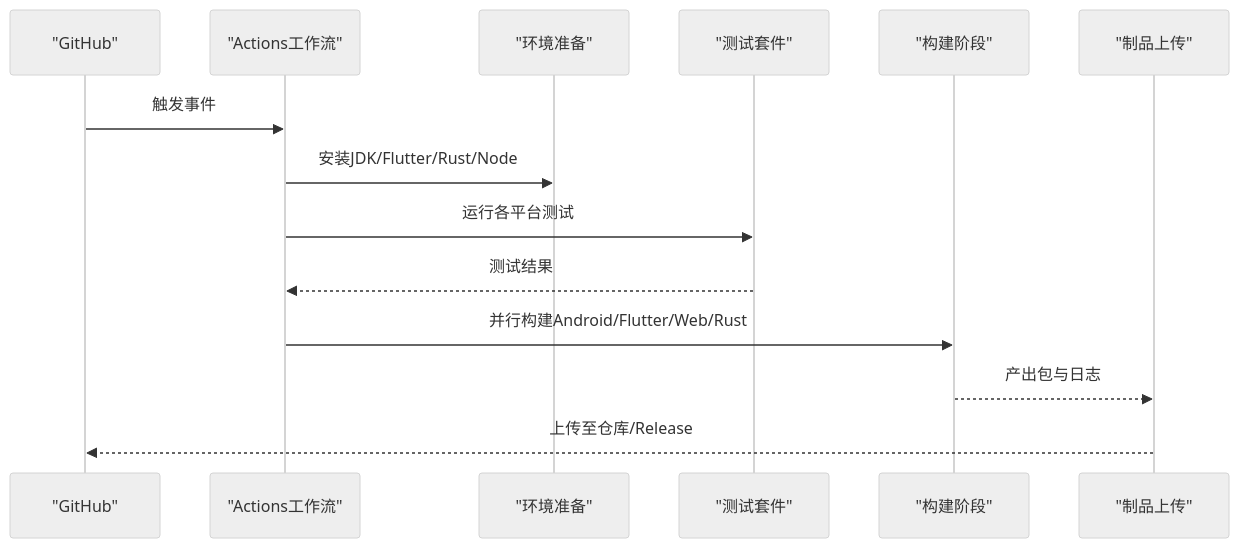
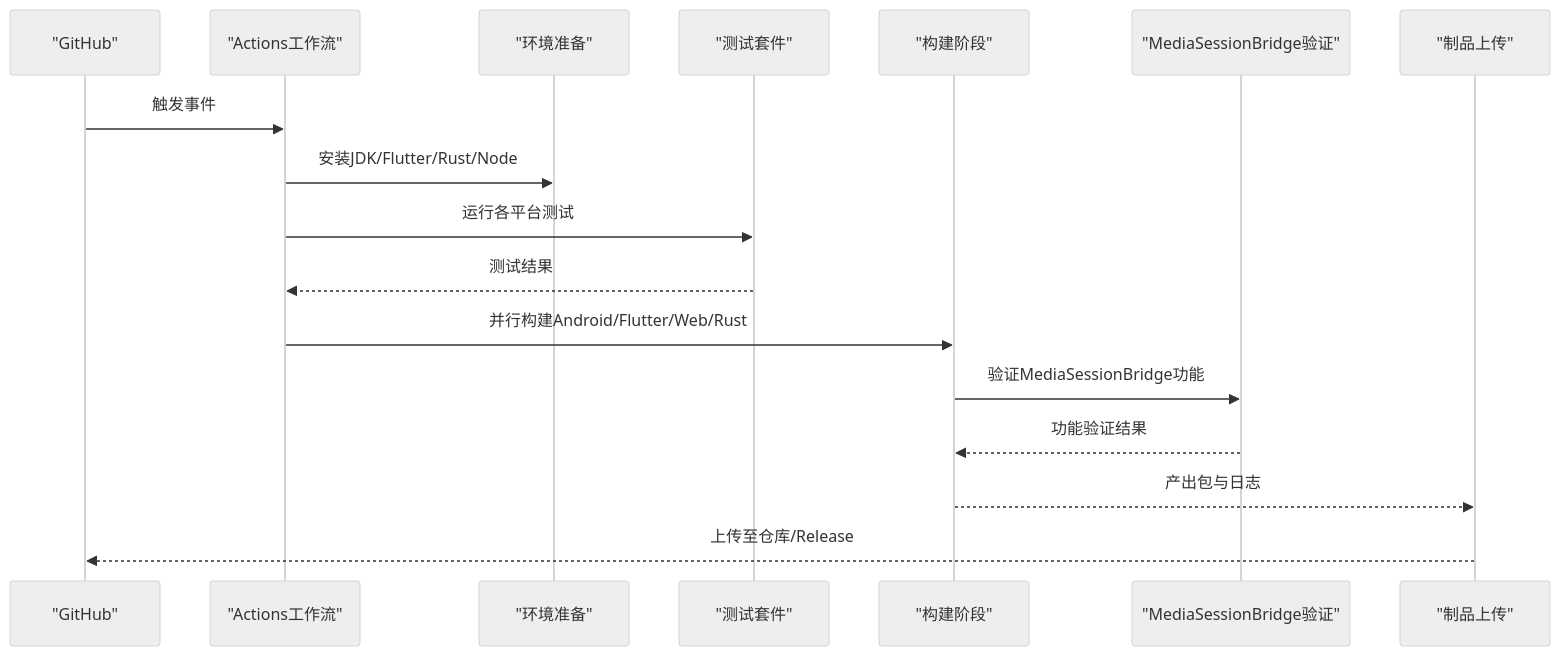
One commit to ZhangGHGitHub/LegadoTeamFlutter changed the seventh of 8 diagrams in .qoder/repowiki/zh/content/构建和部署/构建和部署.md. Above: the diagram before and after it, drawn with Mermaid (neutral theme). The commit also changed other lines of this file and 66 other files, not shown here.

````diff
--- a/.qoder/repowiki/zh/content/构建和部署/构建和部署.md
+++ b/.qoder/repowiki/zh/content/构建和部署/构建和部署.md
@@ -311,16 +347,19 @@
 ```mermaid
 sequenceDiagram
 participant GH as "GitHub"
 participant WF as "Actions工作流"
 participant ENV as "环境准备"
 participant TEST as "测试套件"
 participant BUILD as "构建阶段"
+participant MSB as "MediaSessionBridge验证"
 participant ART as "制品上传"
 GH->>WF : 触发事件
 WF->>ENV : 安装JDK/Flutter/Rust/Node
 WF->>TEST : 运行各平台测试
 TEST-->>WF : 测试结果
 WF->>BUILD : 并行构建Android/Flutter/Web/Rust
+BUILD->>MSB : 验证MediaSessionBridge功能
+MSB-->>BUILD : 功能验证结果
 BUILD-->>ART : 产出包与日志
 ART-->>GH : 上传至仓库/Release
 ```
````
